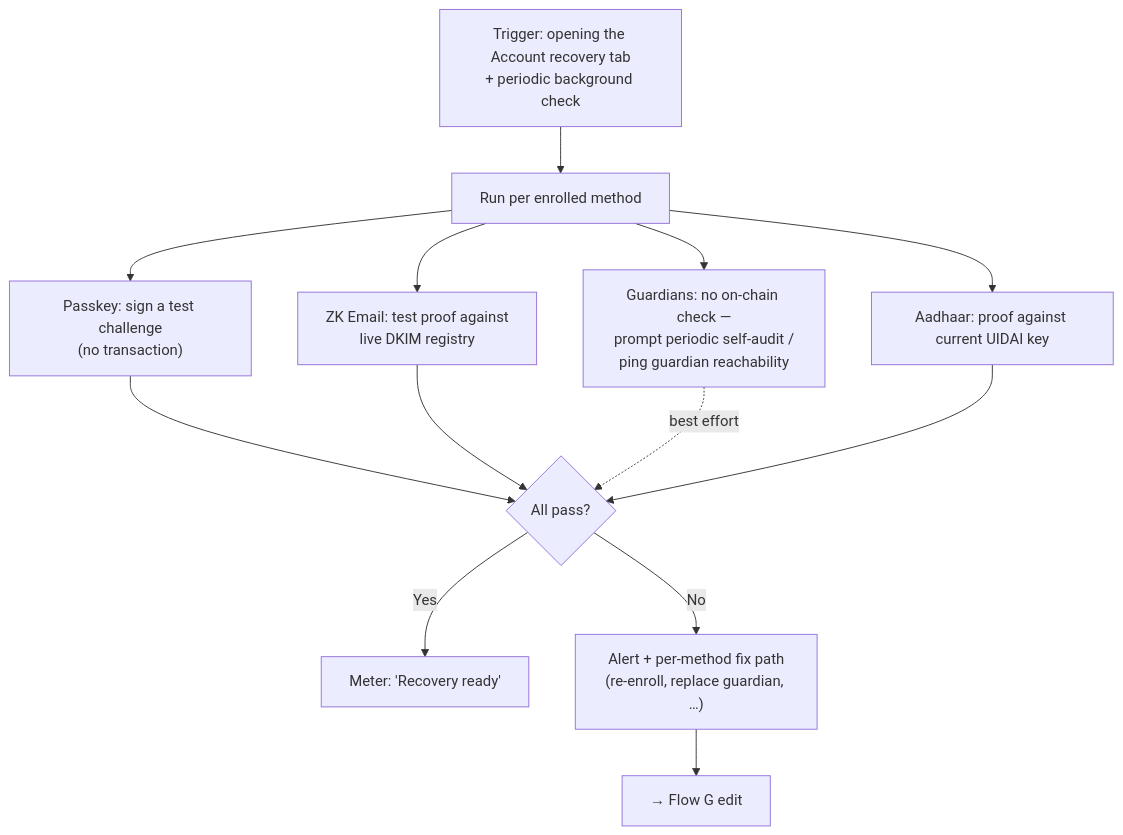
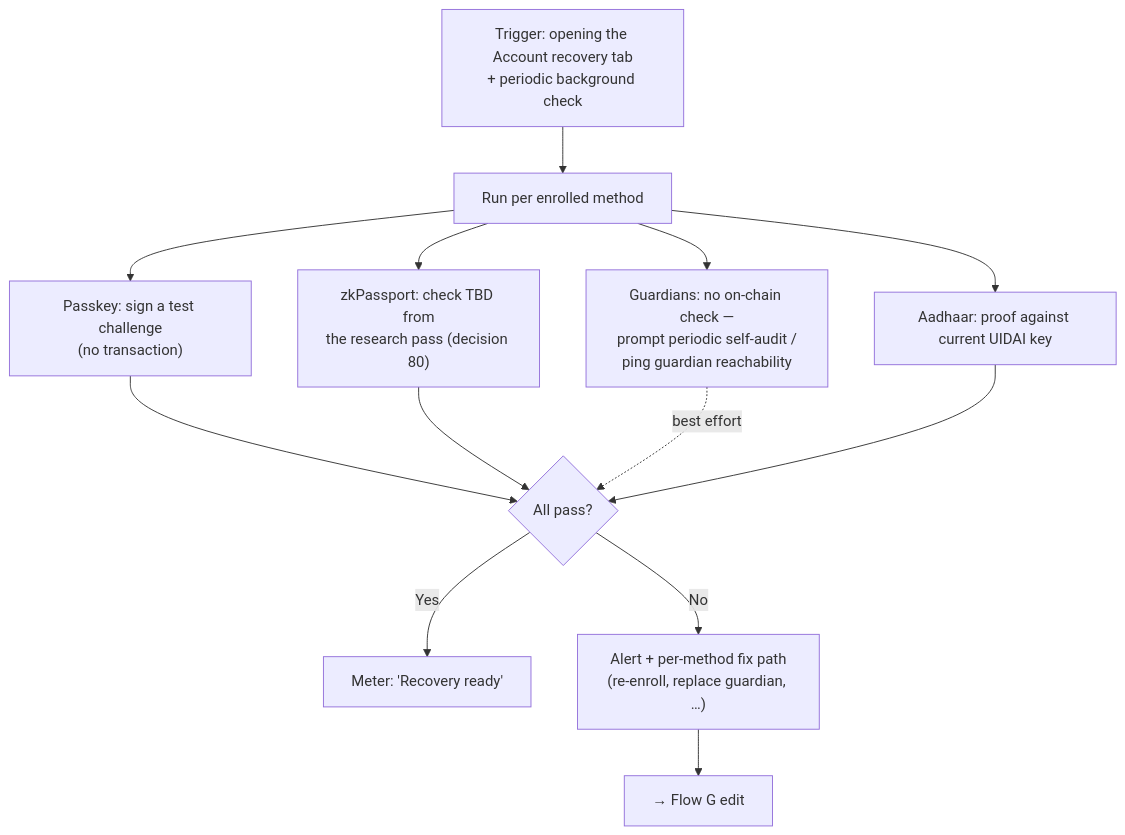
Before and after one commit to FiboAtWonder/kohaku-extension: diagram 13 of 14 in social-recovery-ux-flows.md, drawn with Mermaid. The commit also changed other lines of this file and 1 other file, not shown here.

Commit message:
docs: verifier fixes — 6 blockers + minors (stale 24h floor, Flow F/G nodes, inventory email row, funding wording, crossrefs)

````diff
--- a/social-recovery-ux-flows.md
+++ b/social-recovery-ux-flows.md
@@ -361,17 +361,17 @@
 ```mermaid
 flowchart TD
     A["Trigger: opening the Account recovery tab<br/>+ periodic background check"] --> B[Run per enrolled method]
     B --> C["Passkey: sign a test challenge<br/>(no transaction)"]
-    B --> D["ZK Email: test proof against<br/>live DKIM registry"]
+    B --> D["zkPassport: check TBD from<br/>the research pass (decision 80)"]
     B --> E["Guardians: no on-chain check —<br/>prompt periodic self-audit /<br/>ping guardian reachability"]
     B --> F["Aadhaar: proof against current UIDAI key"]
     C --> G{"All pass?"}
     D --> G
     E -. best effort .-> G
     F --> G
     G -- Yes --> H["Meter: 'Recovery ready'"]
     G -- No --> I["Alert + per-method fix path<br/>(re-enroll, replace guardian, …)"]
     I --> J[→ Flow G edit]
 
     click J href "#flow-g--recovery-path--method-management"
 ```
````
